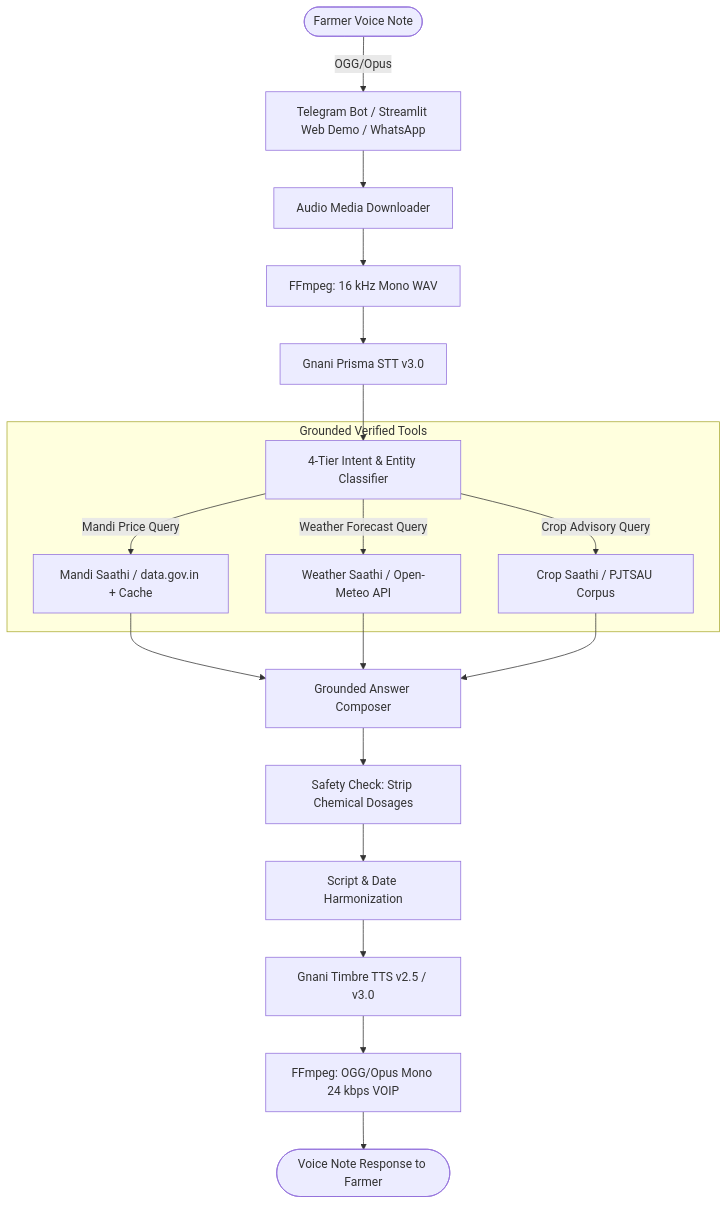
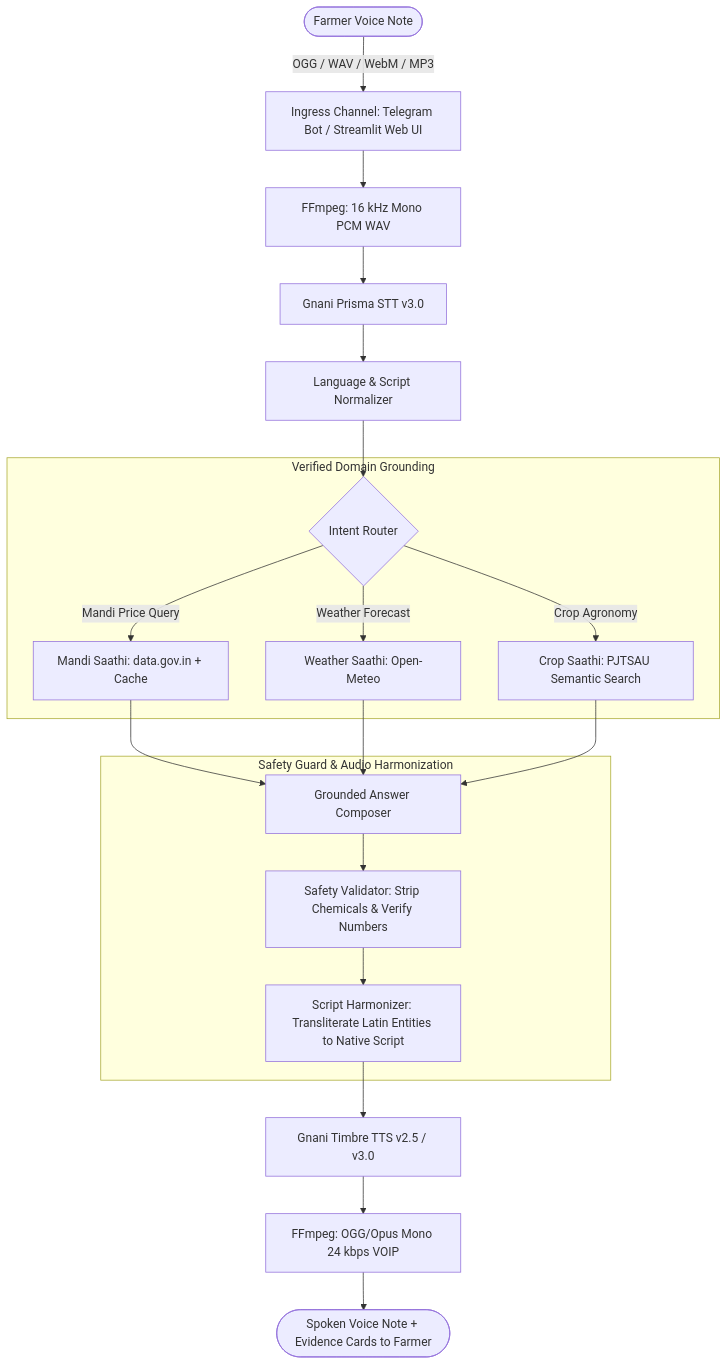
Before and after one commit to itsakhilesh7/KIsan-Saathi: the diagram in README.md, drawn with Mermaid. The commit also changed other lines of this file and 7 other files, not shown here.

````diff
--- a/README.md
+++ b/README.md
@@ -22,26 +37,28 @@
 ```mermaid
 flowchart TD
-    Farmer([Farmer Voice Note]) -->|OGG/Opus| Channel[Telegram Bot / Streamlit Web Demo / WhatsApp]
-    Channel --> MediaHandler[Audio Media Downloader]
-    MediaHandler --> FFmpeg1[FFmpeg: 16 kHz Mono WAV]
+    Farmer([Farmer Voice Note]) -->|OGG / WAV / WebM / MP3| Ingress[Ingress Channel: Telegram Bot / Streamlit Web UI]
+    Ingress --> Converter[FFmpeg: 16 kHz Mono PCM WAV]
+    Converter --> STT[Gnani Prisma STT v3.0]
     
-    FFmpeg1 --> STT[Gnani Prisma STT v3.0]
-    STT --> IntentRouter[4-Tier Intent & Entity Classifier]
+    STT --> Normalizer[Language & Script Normalizer]
+    Normalizer --> Router{Intent Router}
     
-    subgraph GroundedTools [Grounded Verified Tools]
-        IntentRouter -->|Mandi Price Query| MandiTool[Mandi Saathi / data.gov.in + Cache]
-        IntentRouter -->|Weather Forecast Query| WeatherTool[Weather Saathi / Open-Meteo API]
-        IntentRouter -->|Crop Advisory Query| AdvisoryTool[Crop Saathi / PJTSAU Corpus]
+    subgraph VerifiedGrounding [Verified Domain Grounding]
+        Router -->|Mandi Price Query| MandiService[Mandi Saathi: data.gov.in + Cache]
+        Router -->|Weather Forecast| WeatherService[Weather Saathi: Open-Meteo]
+        Router -->|Crop Agronomy| AdvisoryService[Crop Saathi: PJTSAU Semantic Search]
     end
     
-    MandiTool --> AnswerComposer[Grounded Answer Composer]
-    WeatherTool --> AnswerComposer
-    AdvisoryTool --> AnswerComposer
+    MandiService --> Composer[Grounded Answer Composer]
+    WeatherService --> Composer
+    AdvisoryService --> Composer
     
-    AnswerComposer --> SafetyGuard[Safety Check: Strip Chemical Dosages]
-    SafetyGuard --> Harmonizer[Script & Date Harmonization]
+    subgraph SafetyAndHarmonization [Safety Guard & Audio Harmonization]
+        Composer --> SafetyEngine[Safety Validator: Strip Chemicals & Verify Numbers]
+        SafetyEngine --> ScriptHarmonizer[Script Harmonizer: Transliterate Latin Entities to Native Script]
+    end
     
-    Harmonizer --> TTS[Gnani Timbre TTS v2.5 / v3.0]
-    TTS --> FFmpeg2[FFmpeg: OGG/Opus Mono 24 kbps VOIP]
-    FFmpeg2 --> VoiceReply([Voice Note Response to Farmer])
+    ScriptHarmonizer --> TTS[Gnani Timbre TTS v2.5 / v3.0]
+    TTS --> AudioEncoder[FFmpeg: OGG/Opus Mono 24 kbps VOIP]
+    AudioEncoder --> Egress([Spoken Voice Note + Evidence Cards to Farmer])
 ```
````
